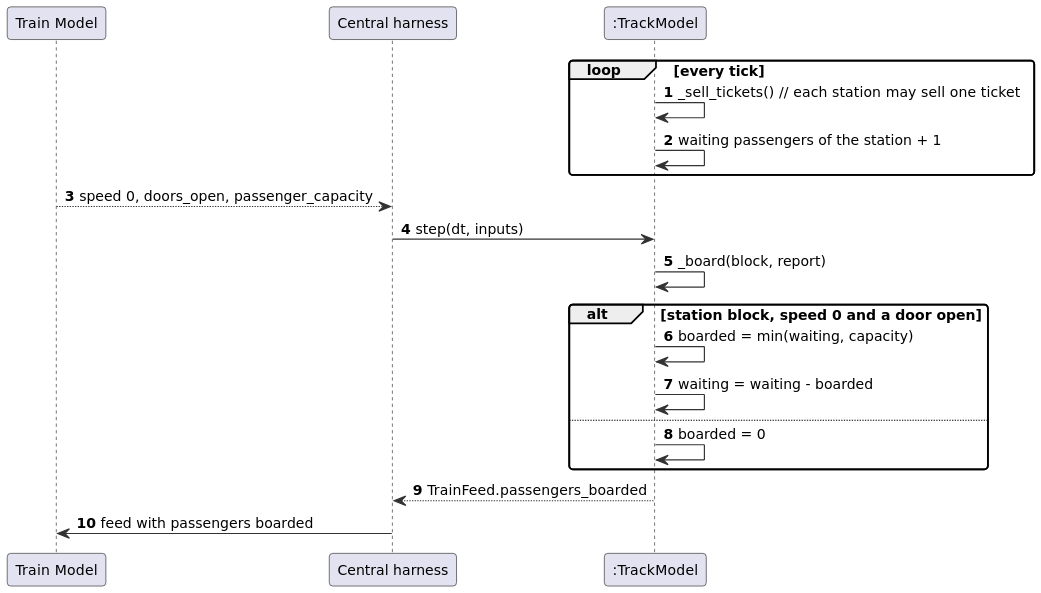
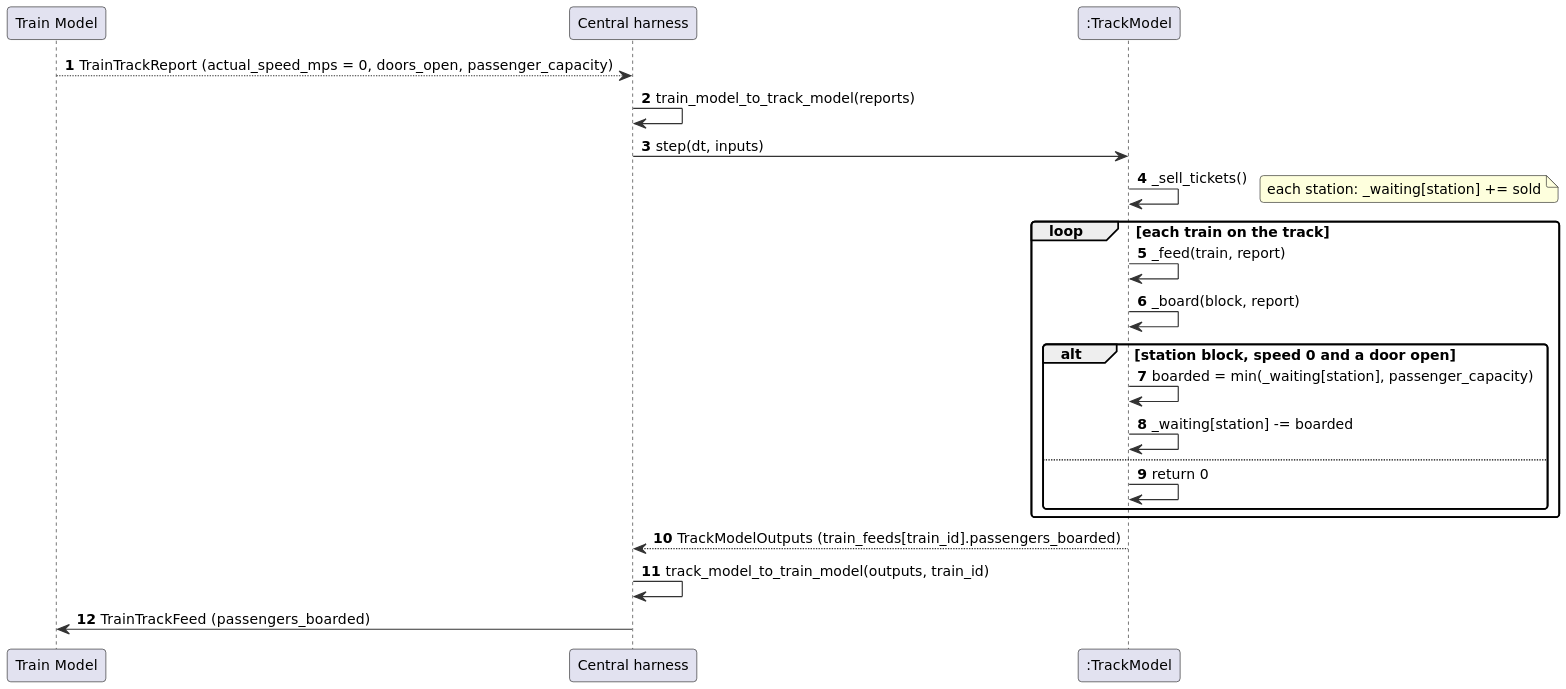
The diagram in documents/uml/track_model/sd10_boarding.puml (Landiss04/Track-Overflow), drawn with PlantUML before and after one commit. The commit also changed 39 other files, not shown here.

First line of the commit message:
Track Model diagrams: sequence messages show the real method calls; use case actors joined by plain lines

```diff
--- a/documents/uml/track_model/sd10_boarding.puml
+++ b/documents/uml/track_model/sd10_boarding.puml
@@ -1,30 +1,33 @@
 @startuml
 skinparam shadowing false
 skinparam dpi 170
 skinparam defaultFontName DejaVu Sans
 skinparam defaultFontSize 12
 skinparam roundCorner 6
 skinparam ArrowColor #333333
 skinparam BackgroundColor white
 skinparam sequenceMessageAlign left
 skinparam ParticipantPadding 20
 autonumber
 participant "Train Model" as TRM
 participant "Central harness" as H
 participant ":TrackModel" as TM
-loop every tick
-  TM -> TM : _sell_tickets()  // each station may sell one ticket
-  TM -> TM : waiting passengers of the station + 1
+TRM --> H : TrainTrackReport (actual_speed_mps = 0, doors_open, passenger_capacity)
+H -> H : train_model_to_track_model(reports)
+H -> TM : step(dt, inputs)
+TM -> TM : _sell_tickets()
+note right : each station: _waiting[station] += sold
+loop each train on the track
+  TM -> TM : _feed(train, report)
+  TM -> TM : _board(block, report)
+  alt station block, speed 0 and a door open
+    TM -> TM : boarded = min(_waiting[station], passenger_capacity)
+    TM -> TM : _waiting[station] -= boarded
+  else
+    TM -> TM : return 0
+  end
 end
-TRM --> H : speed 0, doors_open, passenger_capacity
-H -> TM : step(dt, inputs)
-TM -> TM : _board(block, report)
-alt station block, speed 0 and a door open
-  TM -> TM : boarded = min(waiting, capacity)
-  TM -> TM : waiting = waiting - boarded
-else
-  TM -> TM : boarded = 0
-end
-TM --> H : TrainFeed.passengers_boarded
-H -> TRM : feed with passengers boarded
+TM --> H : TrackModelOutputs (train_feeds[train_id].passengers_boarded)
+H -> H : track_model_to_train_model(outputs, train_id)
+H -> TRM : TrainTrackFeed (passengers_boarded)
 @enduml
```
